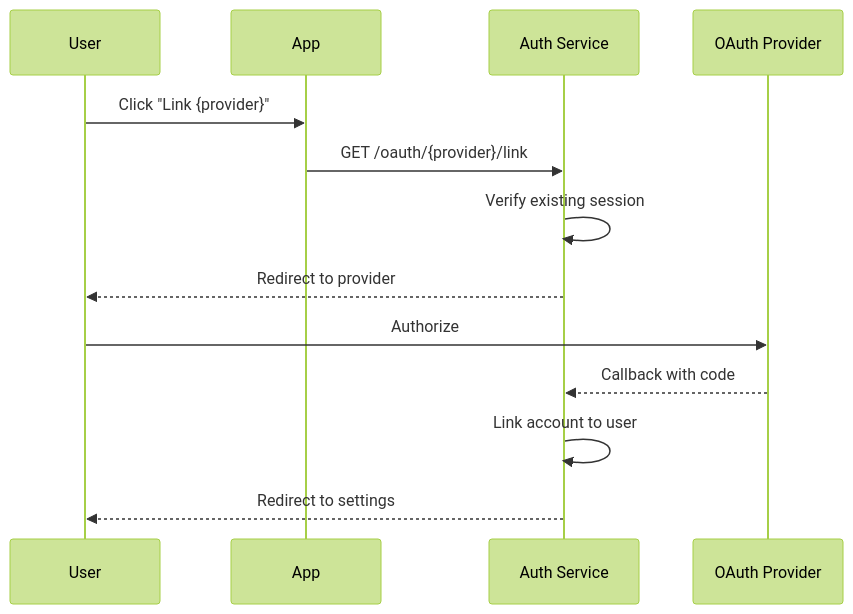
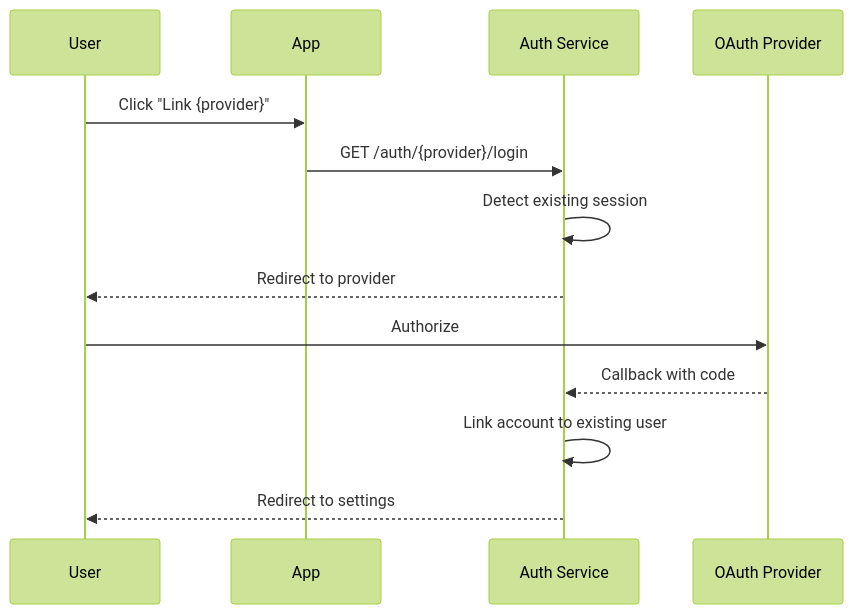
Before and after one commit to Nechja/hellArch: the second of 3 diagrams in docs/guide/services/auth.md, drawn with Mermaid (forest theme). The commit also changed other lines of this file and 2 other files, not shown here.

````diff
--- a/docs/guide/services/auth.md
+++ b/docs/guide/services/auth.md
@@ -50,17 +50,17 @@
 ```mermaid
 sequenceDiagram
     participant User
     participant App
     participant Auth as Auth Service
     participant Provider as OAuth Provider
 
     User->>App: Click "Link {provider}"
-    App->>Auth: GET /oauth/{provider}/link
-    Auth->>Auth: Verify existing session
+    App->>Auth: GET /auth/{provider}/login
+    Auth->>Auth: Detect existing session
     Auth-->>User: Redirect to provider
 
     User->>Provider: Authorize
     Provider-->>Auth: Callback with code
-    Auth->>Auth: Link account to user
+    Auth->>Auth: Link account to existing user
     Auth-->>User: Redirect to settings
 ```
````
